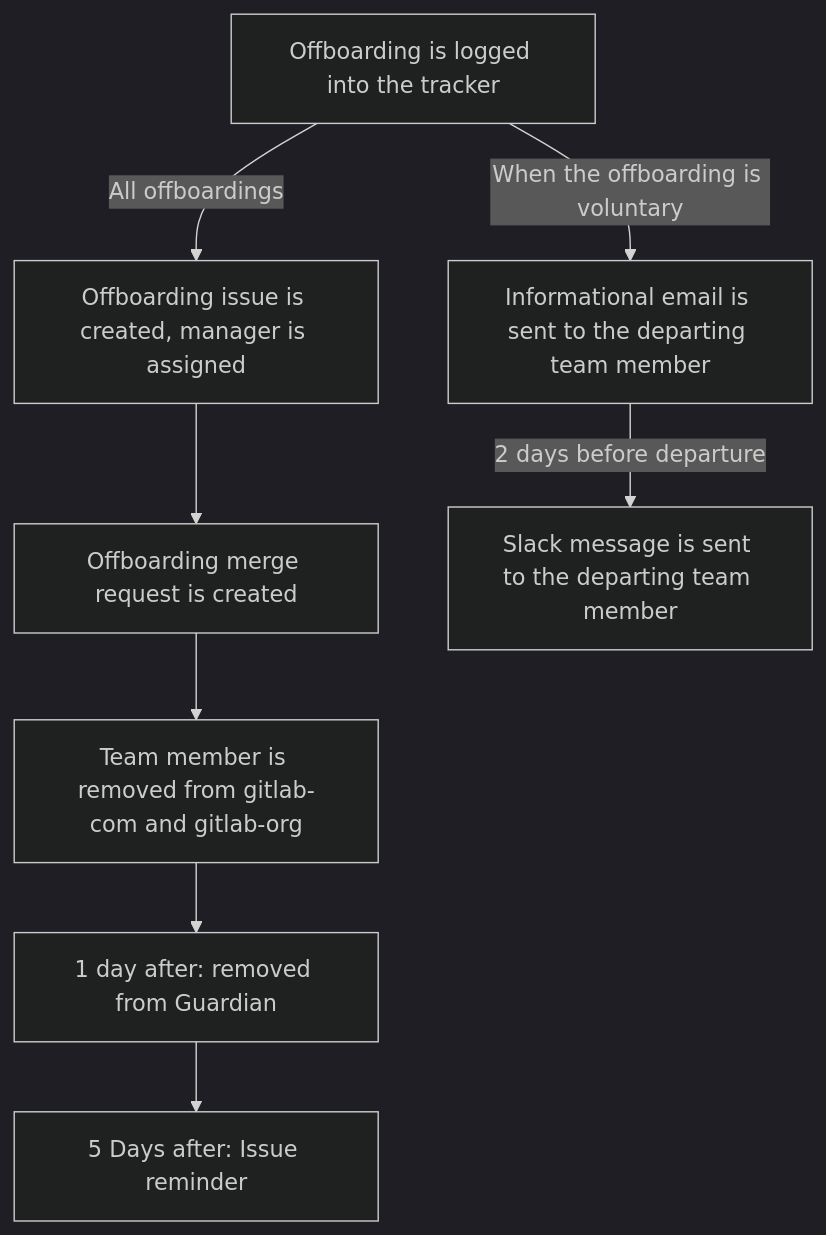
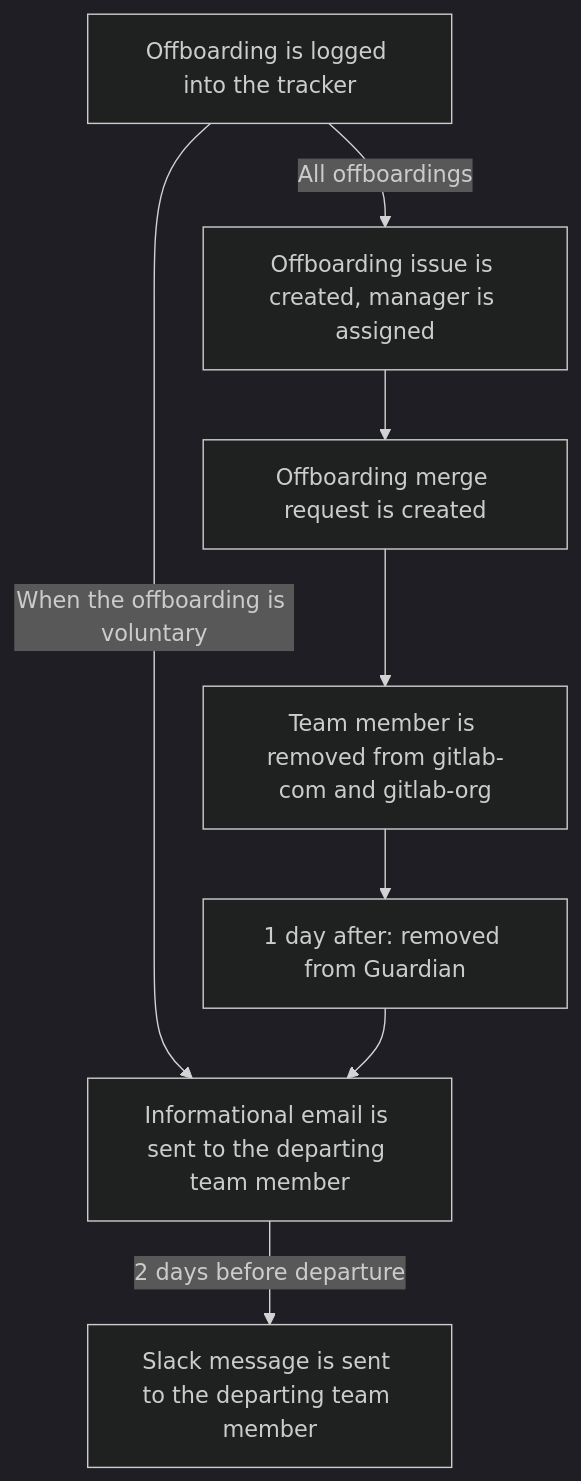
One commit to secretstartups/handbook changed the diagram in people-group/engineering/offboarding/index.html.md. Above: the diagram before and after it, drawn with Mermaid (dark theme). The commit also changed other lines of this file, not shown here.

Commit message:
Remove deprecated offboarding reminder

````diff
--- a/people-group/engineering/offboarding/index.html.md
+++ b/people-group/engineering/offboarding/index.html.md
@@ -21,12 +21,11 @@
 ```mermaid
 graph TD
   A[Offboarding is logged into the tracker] --> |All offboardings| B
   A --> |When the offboarding is voluntary| G
   B[Offboarding issue is created, manager is assigned] --> C
   C[Offboarding merge request is created] --> D
   D[Team member is removed from gitlab-com and gitlab-org] --> E
-  E[1 day after: removed from Guardian] --> F
-  F[5 Days after: Issue reminder]
+  E[1 day after: removed from Guardian] --> G
   G[Informational email is sent to the departing team member] --> |2 days before departure| H
   H[Slack message is sent to the departing team member]
 ```
````
